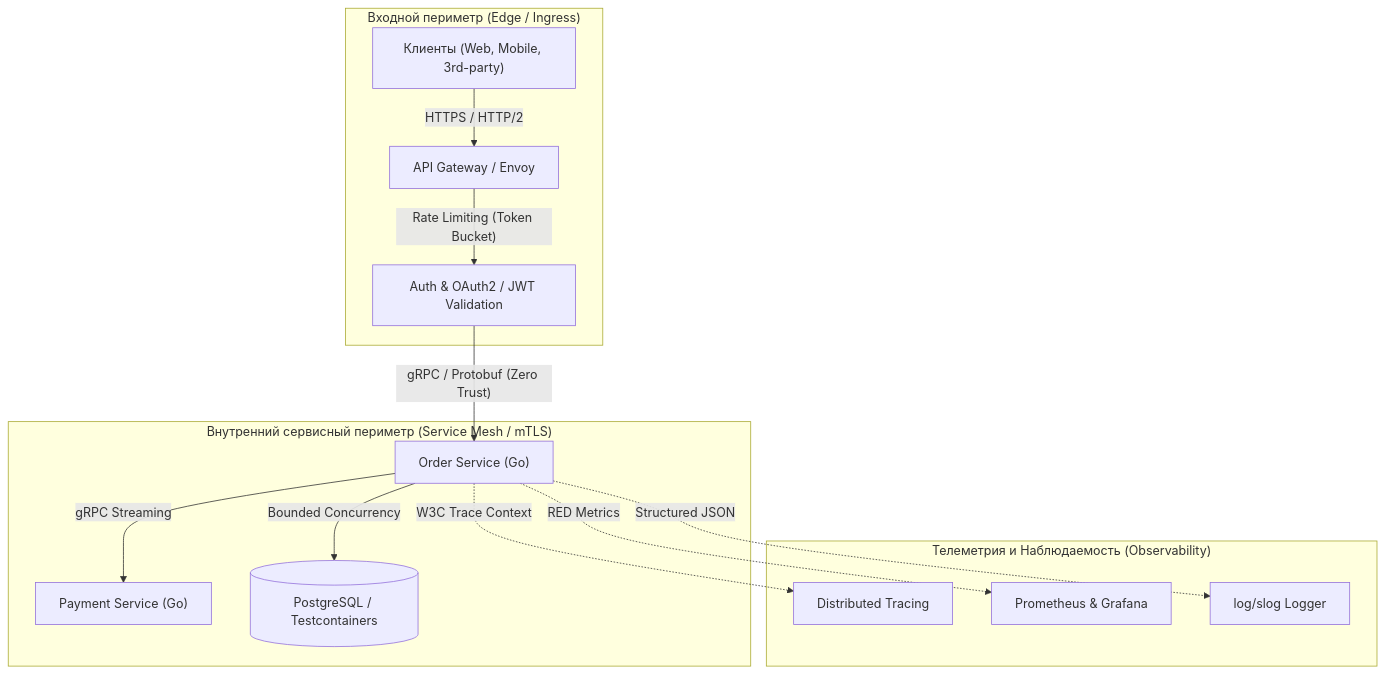
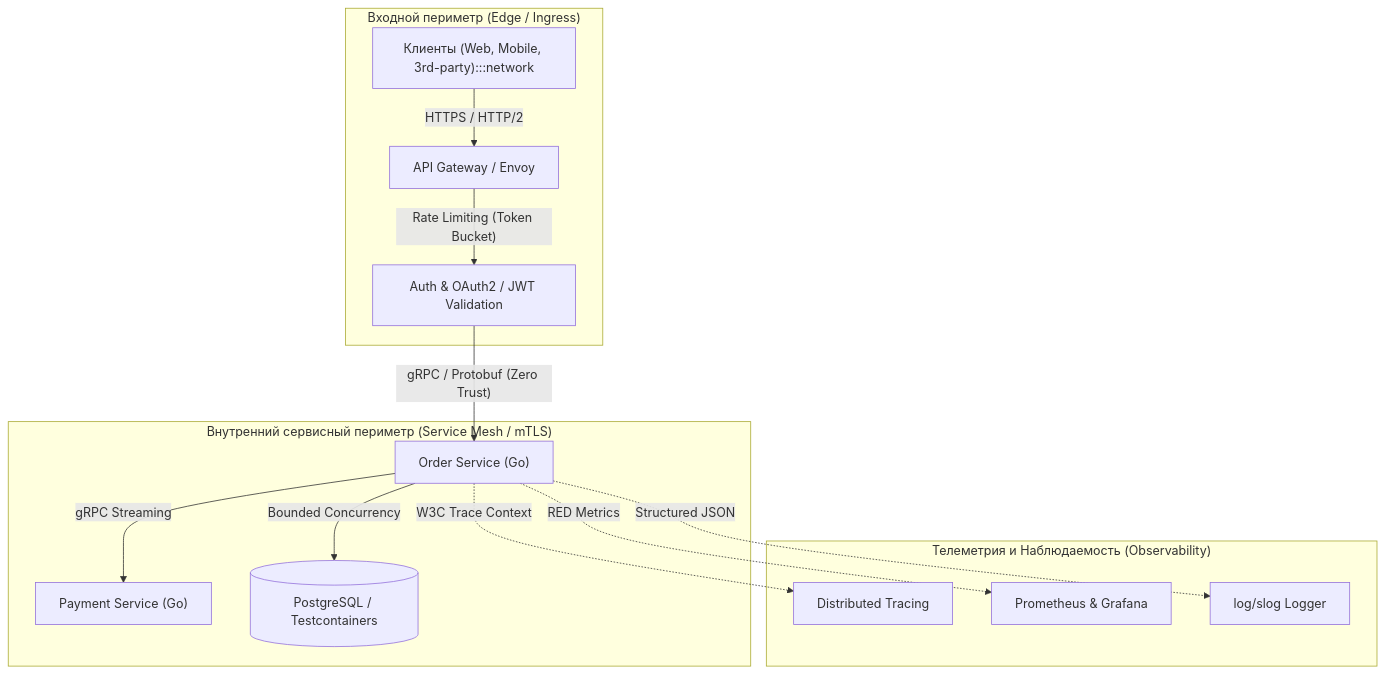
Before and after one commit to UnrealTemplier/go-textbook: the second of 2 diagrams in sources/10. Проектирование API и Сетевые протоколы/40. Итоги раздела. Хороший API глазами Go разработчика.md, drawn with Mermaid. The commit also changed 1666 other files, not shown here.

First line of the commit message:
feat(mermaid): add semantic color classDef to 1369 colorless flowchart/graph diagrams

````diff
--- a/sources/10. Проектирование API и Сетевые протоколы/40. Итоги раздела. Хороший API глазами Go разработчика.md
+++ b/sources/10. Проектирование API и Сетевые протоколы/40. Итоги раздела. Хороший API глазами Go разработчика.md
@@ -47,19 +47,29 @@
 ```mermaid
 flowchart TD
+    classDef process  fill:#1e293b,stroke:#38bdf8,stroke-width:1px,color:#f8fafc
+    classDef success  fill:#064e3b,stroke:#34d399,stroke-width:1px,color:#f8fafc
+    classDef error    fill:#7f1d1d,stroke:#f87171,stroke-width:1px,color:#f8fafc
+    classDef warning  fill:#78350f,stroke:#fbbf24,stroke-width:1px,color:#f8fafc
+    classDef entry    fill:#1e3a5f,stroke:#38bdf8,stroke-width:2px,color:#f8fafc
+    classDef aux      fill:#334155,stroke:#64748b,stroke-width:1px,color:#f8fafc
+    classDef system   fill:#312e81,stroke:#a78bfa,stroke-width:1px,color:#f8fafc
+    classDef data     fill:#132d29,stroke:#2dd4bf,stroke-width:1px,color:#f8fafc
+    classDef network  fill:#881337,stroke:#fb7185,stroke-width:1px,color:#f8fafc
+    classDef accent   fill:#1e1b4b,stroke:#818cf8,stroke-width:1px,color:#f8fafc
     subgraph Edge["Входной периметр (Edge / Ingress)"]
-        Client["Клиенты (Web, Mobile, 3rd-party)"] -->|"HTTPS / HTTP/2"| AGW["API Gateway / Envoy"]
+        Client["Клиенты (Web, Mobile, 3rd-party):::network"] -->|"HTTPS / HTTP/2"| AGW["API Gateway / Envoy"]
         AGW -->|"Rate Limiting (Token Bucket)"| Auth["Auth & OAuth2 / JWT Validation"]
     end
 
     subgraph Mesh["Внутренний сервисный периметр (Service Mesh / mTLS)"]
         Auth -->|"gRPC / Protobuf (Zero Trust)"| SrvA["Order Service (Go)"]
         SrvA -->|"gRPC Streaming"| SrvB["Payment Service (Go)"]
         SrvA -->|"Bounded Concurrency"| DB[("PostgreSQL / Testcontainers")]
     end
 
     subgraph Obs["Телеметрия и Наблюдаемость (Observability)"]
         SrvA -.->|"W3C Trace Context"| Jaeger["Distributed Tracing"]
         SrvA -.->|"RED Metrics"| Prom["Prometheus & Grafana"]
         SrvA -.->|"Structured JSON"| Slog["log/slog Logger"]
     end
 ```
````
